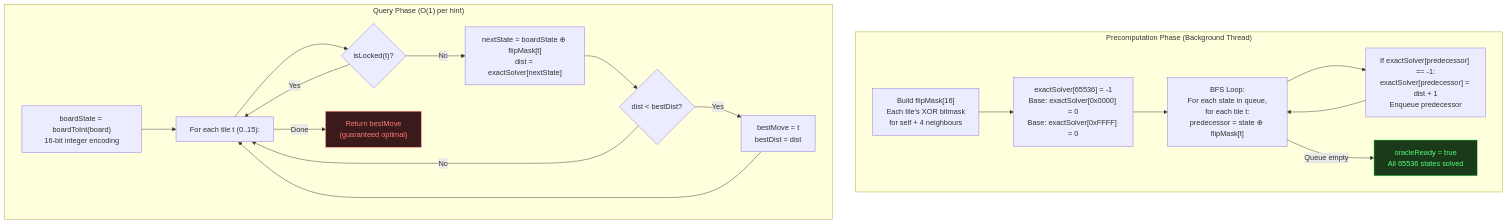
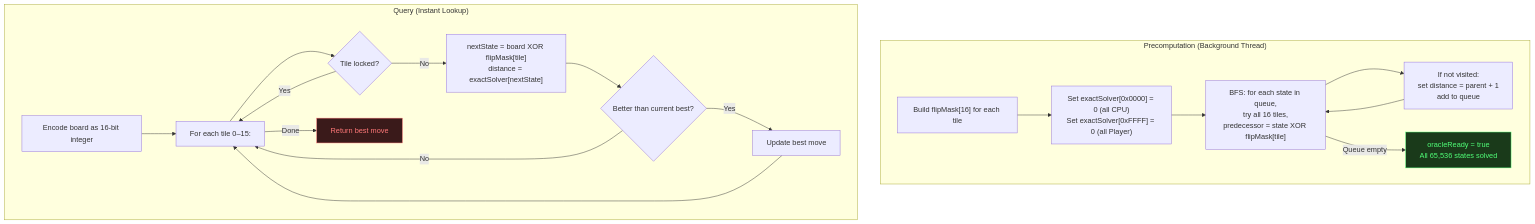
One commit to Ganesh2006646/FLIP changed the sixth of 6 diagrams in game_analysis_r3.md. Above: the diagram before and after it, drawn with Mermaid. The commit also changed other lines of this file, not shown here.

````diff
--- a/game_analysis_r3.md
+++ b/game_analysis_r3.md
@@ -865,27 +568,27 @@
 ```mermaid
 graph TD
-    subgraph Precomputation ["Precomputation Phase (Background Thread)"]
-        FM["Build flipMask[16]<br>Each tile's XOR bitmask<br>for self + 4 neighbours"]
-        FM --> InitBFS["exactSolver[65536] = -1<br>Base: exactSolver[0x0000] = 0<br>Base: exactSolver[0xFFFF] = 0"]
-        InitBFS --> BFS["BFS Loop:<br>For each state in queue,<br>for each tile t:<br>predecessor = state ⊕ flipMask[t]"]
-        BFS --> Fill["If exactSolver[predecessor] == -1:<br>exactSolver[predecessor] = dist + 1<br>Enqueue predecessor"]
+    subgraph Precomputation ["Precomputation (Background Thread)"]
+        FM["Build flipMask[16] for each tile"]
+        FM --> InitBFS["Set exactSolver[0x0000] = 0 (all CPU)<br>Set exactSolver[0xFFFF] = 0 (all Player)"]
+        InitBFS --> BFS["BFS: for each state in queue,<br>try all 16 tiles,<br>predecessor = state XOR flipMask[tile]"]
+        BFS --> Fill["If not visited:<br>set distance = parent + 1<br>add to queue"]
         Fill --> BFS
-        BFS -->|Queue empty| Done["oracleReady = true<br>All 65536 states solved"]
+        BFS -->|Queue empty| Done["oracleReady = true<br>All 65,536 states solved"]
     end
 
-    subgraph Query ["Query Phase (O(1) per hint)"]
-        Input["boardState = boardToInt(board)<br>16-bit integer encoding"]
-        Input --> ForLoop["For each tile t (0..15):"]
-        ForLoop --> Skip{"isLocked(t)?"}
+    subgraph Query ["Query (Instant Lookup)"]
+        Input["Encode board as 16-bit integer"]
+        Input --> ForLoop["For each tile 0–15:"]
+        ForLoop --> Skip{"Tile locked?"}
         Skip -->|Yes| ForLoop
-        Skip -->|No| Compute["nextState = boardState ⊕ flipMask[t]<br>dist = exactSolver[nextState]"]
-        Compute --> Best{"dist < bestDist?"}
-        Best -->|Yes| Update["bestMove = t<br>bestDist = dist"]
+        Skip -->|No| Compute["nextState = board XOR flipMask[tile]<br>distance = exactSolver[nextState]"]
+        Compute --> Best{"Better than current best?"}
+        Best -->|Yes| Update["Update best move"]
         Best -->|No| ForLoop
         Update --> ForLoop
-        ForLoop -->|Done| Return["Return bestMove<br>(guaranteed optimal)"]
+        ForLoop -->|Done| Return["Return best move"]
     end
 
     style Done fill:#1a3a1a,color:#50FF78,stroke:#50FF78
     style Return fill:#3a1a1a,color:#FF7878,stroke:#FF7878
 ```
````
